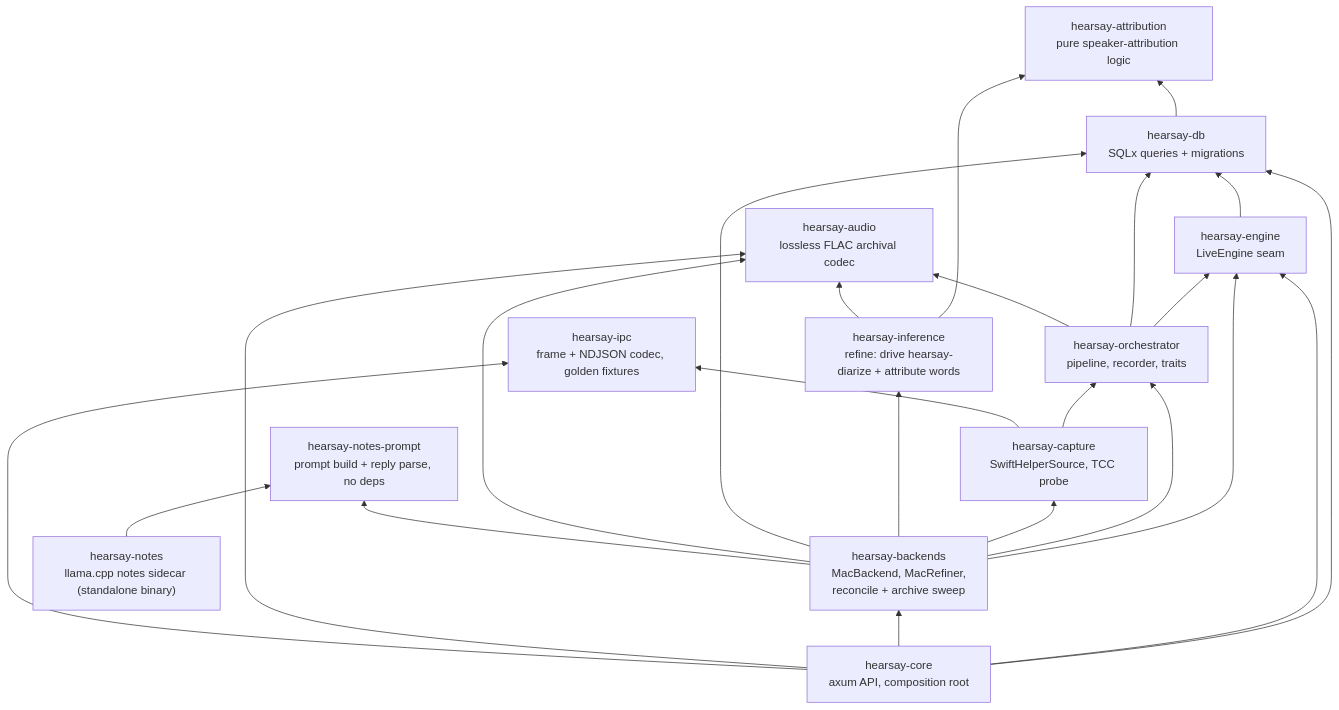
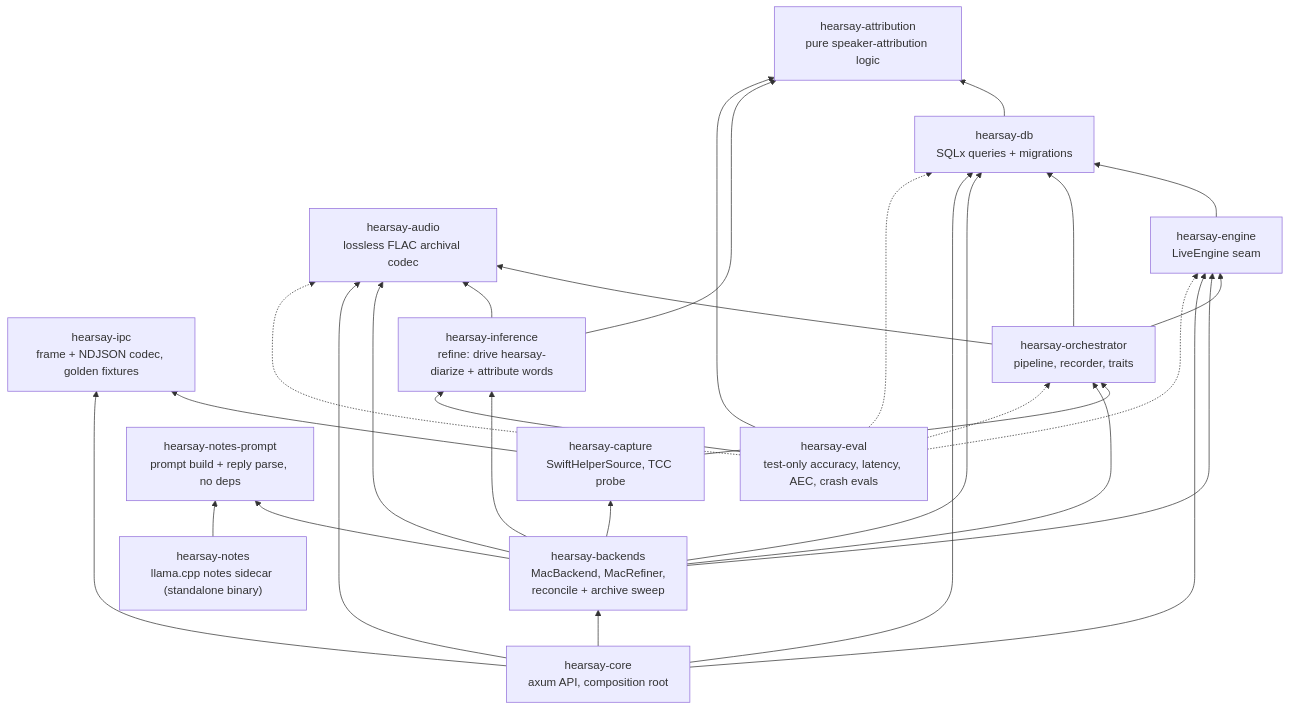
Before and after one commit to rwiseman87/hearsay: the second of 7 diagrams in docs/architecture.md, drawn with Mermaid. The commit also changed other lines of this file and 9 other files, not shown here.

````diff
--- a/docs/architecture.md
+++ b/docs/architecture.md
@@ -85,38 +86,45 @@
 ```mermaid
 flowchart BT
     ipc["hearsay-ipc<br/>frame + NDJSON codec, golden fixtures"]
     attr["hearsay-attribution<br/>pure speaker-attribution logic"]
     audio["hearsay-audio<br/>lossless FLAC archival codec"]
     db["hearsay-db<br/>SQLx queries + migrations"]
     engine["hearsay-engine<br/>LiveEngine seam"]
     orch["hearsay-orchestrator<br/>pipeline, recorder, traits"]
     cap["hearsay-capture<br/>SwiftHelperSource, TCC probe"]
     inf["hearsay-inference<br/>refine: drive hearsay-diarize + attribute words"]
     notesprompt["hearsay-notes-prompt<br/>prompt build + reply parse, no deps"]
     back["hearsay-backends<br/>MacBackend, MacRefiner,<br/>reconcile + archive sweep"]
     core["hearsay-core<br/>axum API, composition root"]
     notes["hearsay-notes<br/>llama.cpp notes sidecar (standalone binary)"]
+    eval["hearsay-eval<br/>test-only accuracy, latency, AEC, crash evals"]
 
     db --> attr
     engine --> db
     orch --> engine
     orch --> db
     orch --> audio
     cap --> orch
     cap --> ipc
     inf --> attr
     inf --> audio
     back --> engine
     back --> orch
     back --> cap
     back --> inf
     back --> db
     back --> audio
     back --> notesprompt
     core --> db
     core --> engine
     core --> back
     core --> audio
     core --> ipc
     notes --> notesprompt
+    eval --> attr
+    eval --> inf
+    eval -.-> orch
+    eval -.-> engine
+    eval -.-> db
+    eval -.-> audio
 ```
````
